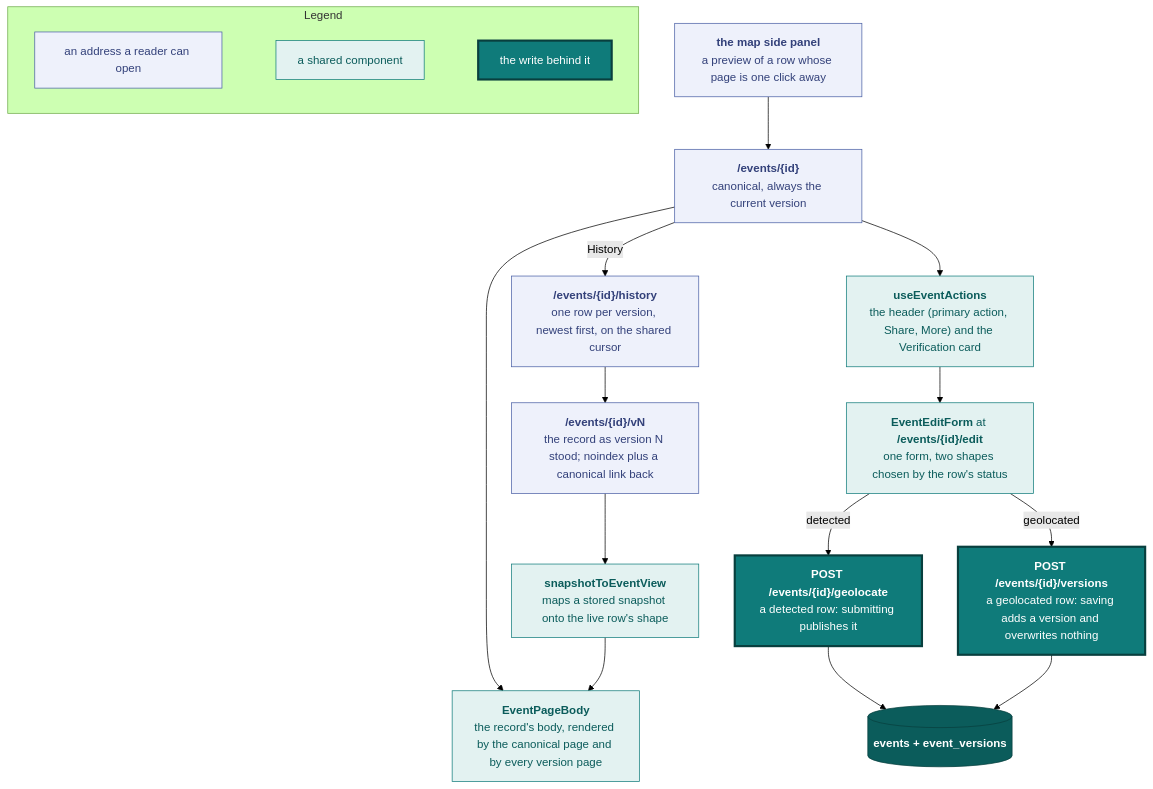
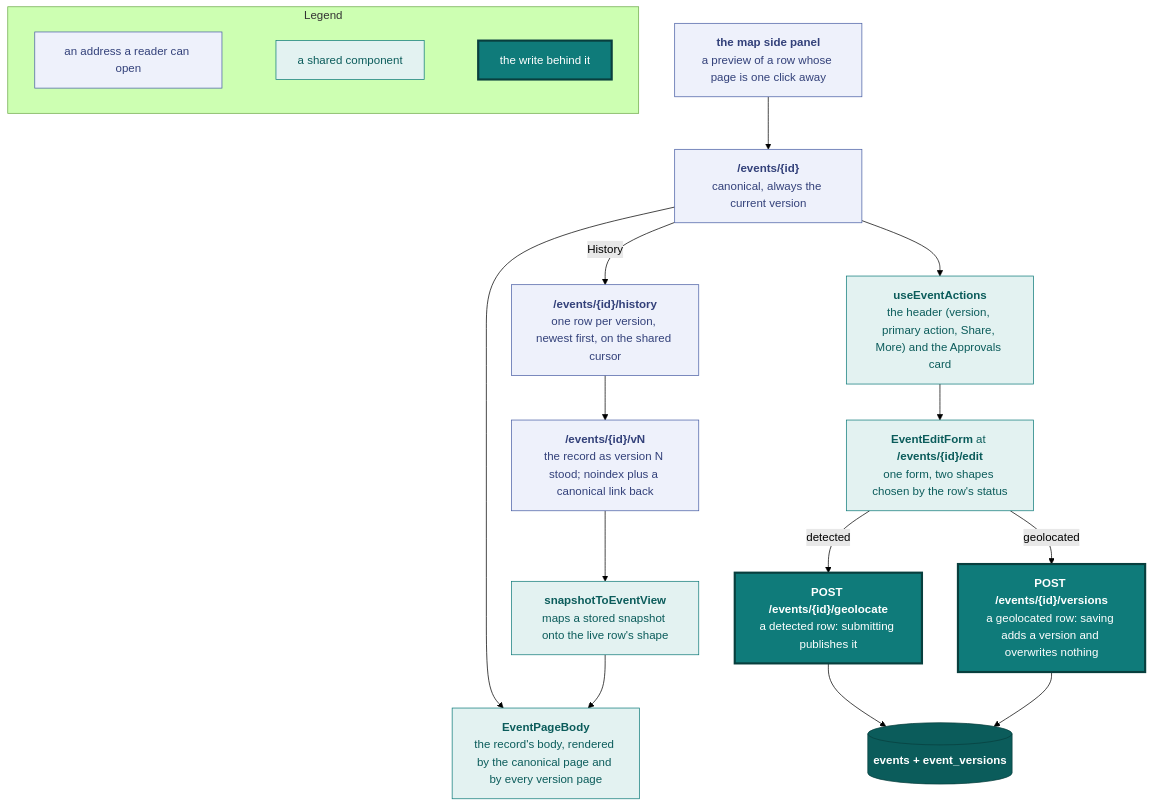
One commit to vidithq/vidit changed the third of 9 diagrams in docs/design.md. Above: the diagram before and after it, drawn with Mermaid (forest theme). The commit also changed other lines of this file and 21 other files, not shown here.

First line of the commit message:
feat: version selector, icon share and a collapsed Approvals card

````diff
--- a/docs/design.md
+++ b/docs/design.md
@@ -394,51 +394,51 @@
 ```mermaid
 flowchart TB
   classDef spec fill:#eef1fb,stroke:#4a5fa5,color:#33417a
   classDef shared fill:#e3f2f1,stroke:#0f7b7a,color:#0b5c5b
   classDef core fill:#0f7b7a,stroke:#083f3e,stroke-width:3px,color:#ffffff
   classDef store fill:#0b5c5b,stroke:#083f3e,color:#ffffff
 
   subgraph legend [Legend]
     direction LR
     l1["`an address a reader can open`"]:::spec
     l2["`a shared component`"]:::shared
     l3["`the write behind it`"]:::core
     l1 ~~~ l2 ~~~ l3
   end
 
   canonical["`**/events/{id}**
   canonical, always the current version`"]:::spec
   history["`**/events/{id}/history**
   one row per version, newest first, on the shared cursor`"]:::spec
   vn["`**/events/{id}/vN**
   the record as version N stood; noindex plus a canonical link back`"]:::spec
   panel["`**the map side panel**
   a preview of a row whose page is one click away`"]:::spec
 
   body["`**EventPageBody**
   the record's body, rendered by the canonical page and by every version page`"]:::shared
   snap["`**snapshotToEventView**
   maps a stored snapshot onto the live row's shape`"]:::shared
   actions["`**useEventActions**
-  the header (primary action, Share, More) and the Verification card`"]:::shared
+  the header (version, primary action, Share, More) and the Approvals card`"]:::shared
   form["`**EventEditForm** at **/events/{id}/edit**
   one form, two shapes chosen by the row's status`"]:::shared
 
   geo["`**POST /events/{id}/geolocate**
   a detected row: submitting publishes it`"]:::core
   ver["`**POST /events/{id}/versions**
   a geolocated row: saving adds a version and overwrites nothing`"]:::core
   rows[("`**events + event_versions**`")]:::store
 
   canonical --> body
   vn --> snap --> body
   canonical --> actions
   history --> vn
   canonical -->|"History"| history
   actions --> form
   panel --> canonical
   form -->|"detected"| geo
   form -->|"geolocated"| ver
   geo --> rows
   ver --> rows
 ```
````
